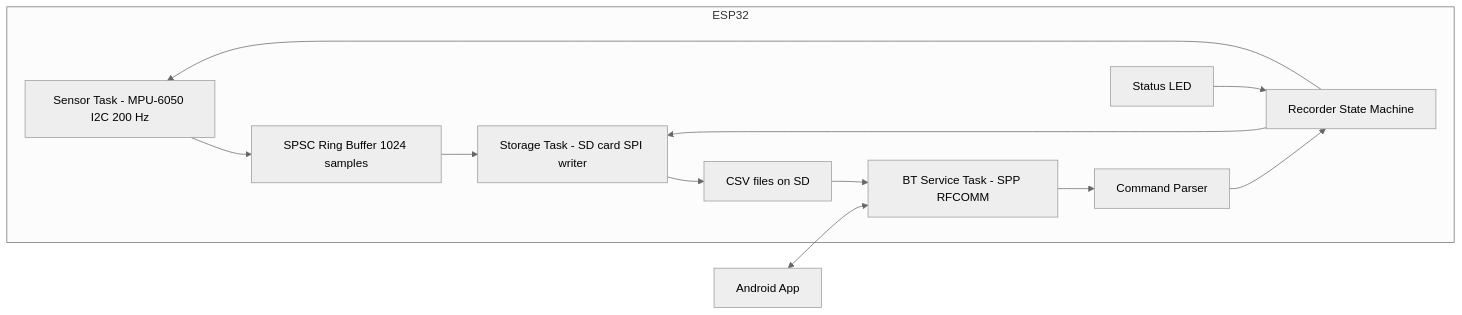
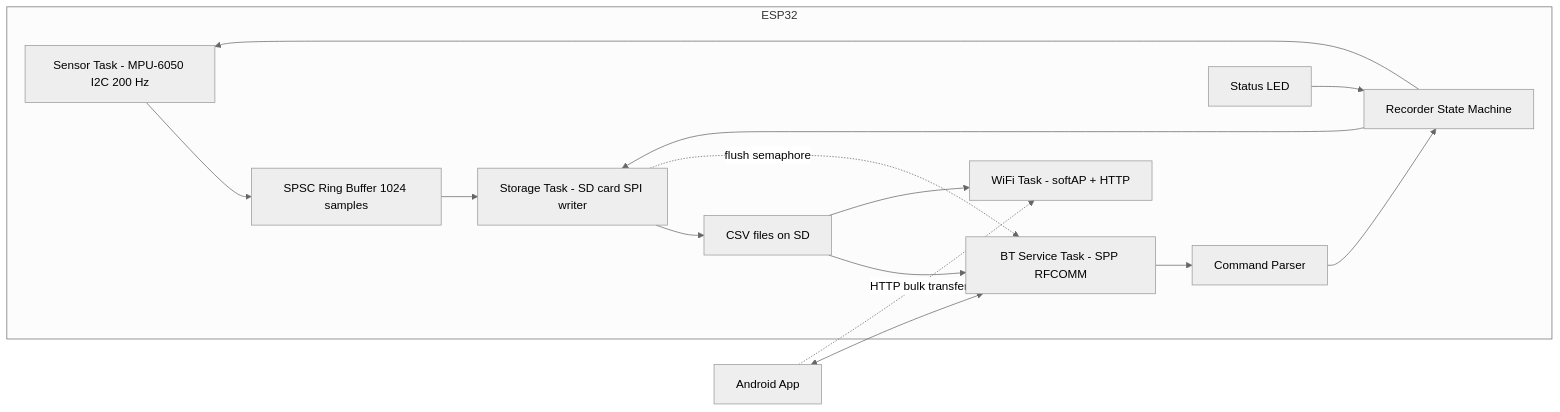
The first of 3 diagrams in docs/architecture.md (NanoNabla/PaddleSense), drawn with Mermaid (neutral theme) before and after one commit. The commit also changed other lines of this file and 20 other files, not shown here.

Commit message:
Adds wifi support for data transfer and data streaming via bluetooth

````diff
--- a/docs/architecture.md
+++ b/docs/architecture.md
@@ -38,15 +38,18 @@
 ```mermaid
 flowchart LR
     subgraph ESP32
         SEN[Sensor Task - MPU-6050 I2C 200 Hz] --> RING[SPSC Ring Buffer 1024 samples]
         RING --> STO[Storage Task - SD card SPI writer]
         BT[BT Service Task - SPP RFCOMM] --> CMD[Command Parser]
         CMD --> REC[Recorder State Machine]
         REC --> SEN
         REC --> STO
         STO --> FILES[CSV files on SD]
         FILES --> BT
+        FILES --> WIFI[WiFi Task - softAP + HTTP]
+        STO -. flush semaphore .-> BT
         LED[Status LED] --> REC
     end
     PHONE[Android App] <--> BT
+    PHONE -. HTTP bulk transfer .-> WIFI
 ```
````
